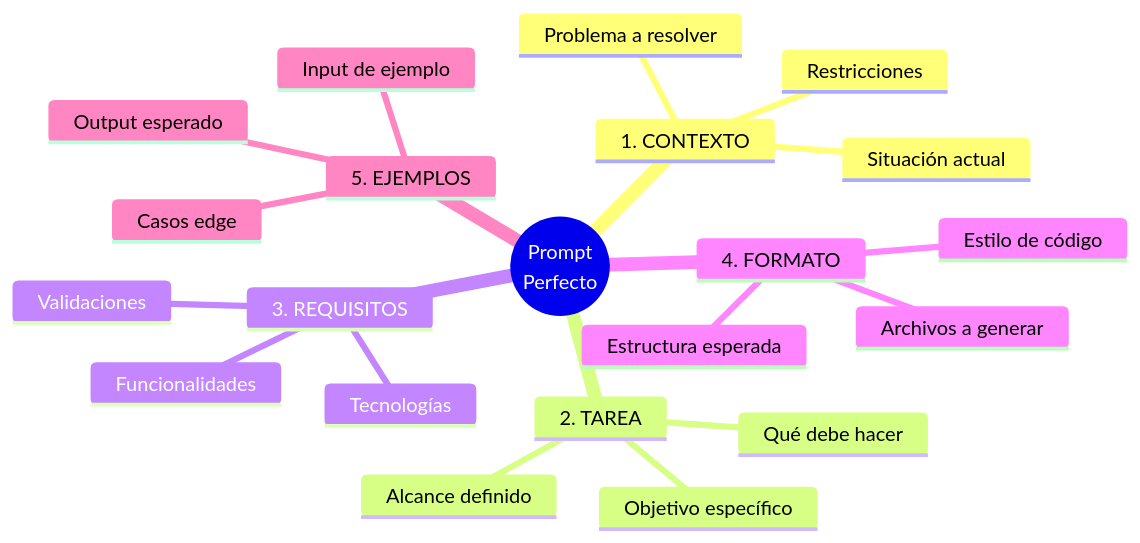
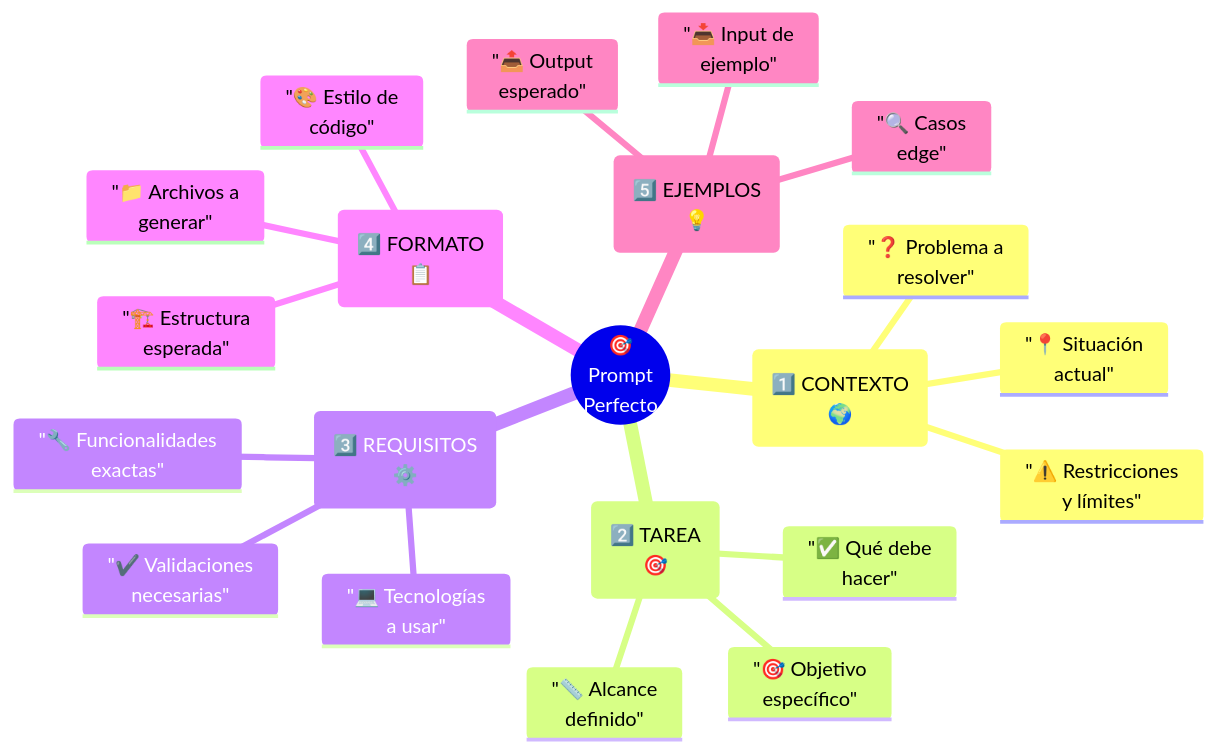
Before and after one commit to Ai-Whisperers/Courses-Content: the third of 18 diagrams in courses/🟡-development/FPUNA-2026/00-FUNDAMENTOS-PRINCIPALES/03-ingenieria-prompts.md, drawn with Mermaid. The commit also changed other lines of this file, not shown here.

First line of the commit message:
Improve first 5 Mermaid diagrams in 03-ingenieria-prompts.md (5/18)

````diff
--- a/courses/🟡-development/FPUNA-2026/00-FUNDAMENTOS-PRINCIPALES/03-ingenieria-prompts.md
+++ b/courses/🟡-development/FPUNA-2026/00-FUNDAMENTOS-PRINCIPALES/03-ingenieria-prompts.md
@@ -115,24 +126,24 @@
 ```mermaid
 mindmap
-  root((Prompt<br/>Perfecto))
-    1. CONTEXTO
-      Situación actual
-      Problema a resolver
-      Restricciones
-    2. TAREA
-      Qué debe hacer
-      Objetivo específico
-      Alcance definido
-    3. REQUISITOS
-      Funcionalidades
-      Tecnologías
-      Validaciones
-    4. FORMATO
-      Estructura esperada
-      Archivos a generar
-      Estilo de código
-    5. EJEMPLOS
-      Input de ejemplo
-      Output esperado
-      Casos edge
+  root(("🎯<br/>Prompt<br/>Perfecto"))
+    ("1️⃣ CONTEXTO<br/>🌍")
+      "📍 Situación<br/>actual"
+      "❓ Problema a<br/>resolver"
+      "⚠️ Restricciones<br/>y límites"
+    ("2️⃣ TAREA<br/>🎯")
+      "✅ Qué debe<br/>hacer"
+      "🎯 Objetivo<br/>específico"
+      "📏 Alcance<br/>definido"
+    ("3️⃣ REQUISITOS<br/>⚙️")
+      "🔧 Funcionalidades<br/>exactas"
+      "💻 Tecnologías<br/>a usar"
+      "✔️ Validaciones<br/>necesarias"
+    ("4️⃣ FORMATO<br/>📋")
+      "🏗️ Estructura<br/>esperada"
+      "📁 Archivos a<br/>generar"
+      "🎨 Estilo de<br/>código"
+    ("5️⃣ EJEMPLOS<br/>💡")
+      "📥 Input de<br/>ejemplo"
+      "📤 Output<br/>esperado"
+      "🔍 Casos<br/>edge"
 ```
````
